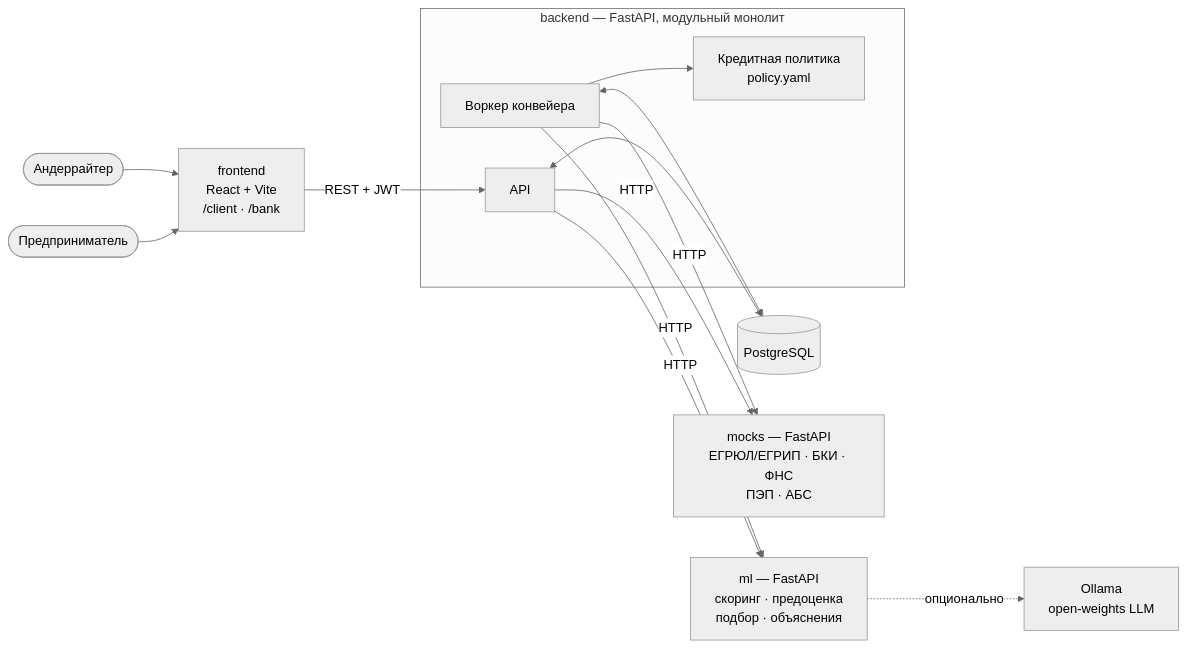
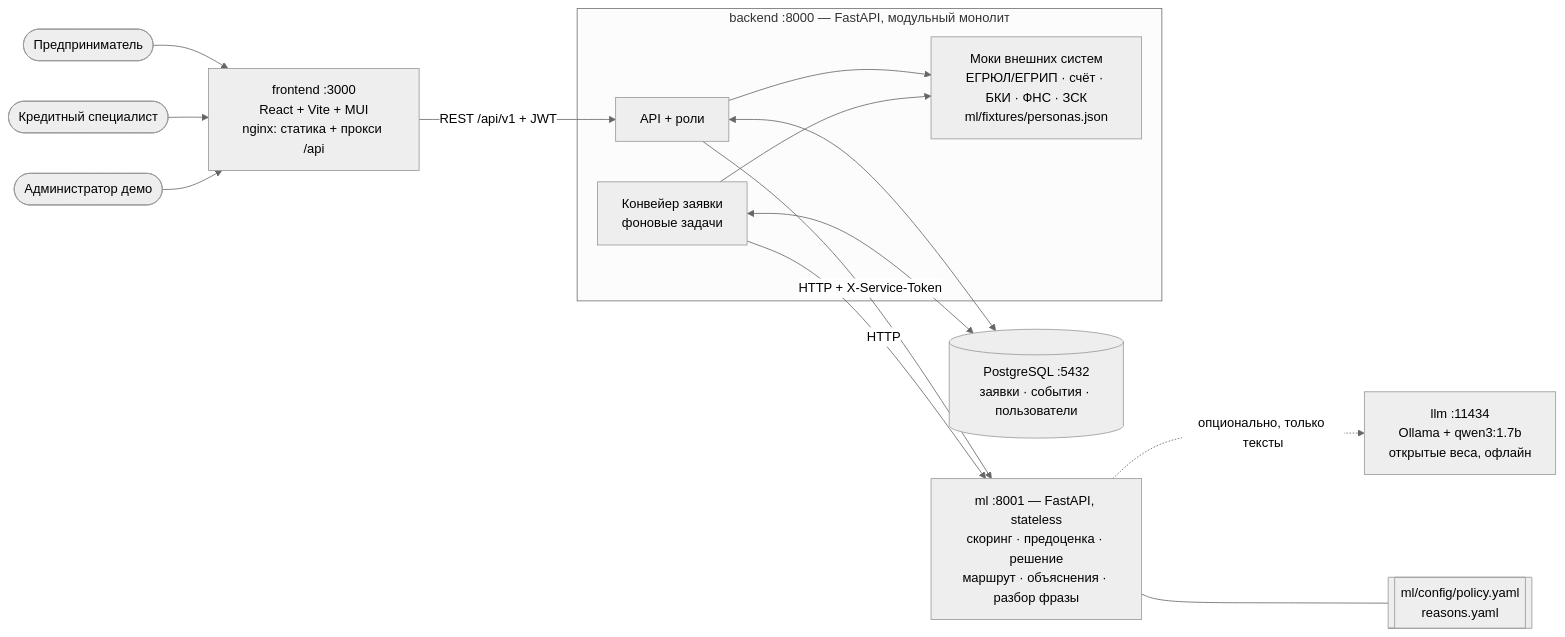
The first of 7 diagrams in docs/architecture.md (worker4556/smart-credit), drawn with Mermaid (neutral theme) before and after one commit. The commit also changed other lines of this file and 19 other files, not shown here.

````diff
--- a/docs/architecture.md
+++ b/docs/architecture.md
@@ -7,23 +9,23 @@
 ```mermaid
 flowchart LR
     U1([Предприниматель]) --> FE
-    U2([Андеррайтер]) --> FE
-    FE["frontend<br/>React + Vite<br/>/client · /bank"] -->|REST + JWT| BE
+    U2([Кредитный специалист]) --> FE
+    U3([Администратор демо]) --> FE
+    FE["frontend :3000<br/>React + Vite + MUI<br/>nginx: статика + прокси /api"] -->|"REST /api/v1 + JWT"| BE
 
-    subgraph core [backend — FastAPI, модульный монолит]
-        BE[API]
-        WK[Воркер конвейера]
-        POL[Кредитная политика<br/>policy.yaml]
+    subgraph core ["backend :8000 — FastAPI, модульный монолит"]
+        BE[API + роли]
+        PL[Конвейер заявки<br/>фоновые задачи]
+        MK[Моки внешних систем<br/>ЕГРЮЛ/ЕГРИП · счёт · БКИ · ФНС · ЗСК<br/>ml/fixtures/personas.json]
     end
 
-    BE <--> DB[(PostgreSQL)]
-    WK <--> DB
-    WK --> POL
-    BE -->|HTTP| ML
-    WK -->|HTTP| ML
-    BE -->|HTTP| MK
-    WK -->|HTTP| MK
+    BE <--> DB[(PostgreSQL :5432<br/>заявки · события · пользователи)]
+    PL <--> DB
+    BE --> MK
+    PL --> MK
+    BE -->|"HTTP + X-Service-Token"| ML
+    PL -->|HTTP| ML
 
-    ML["ml — FastAPI<br/>скоринг · предоценка<br/>подбор · объяснения"] -.->|опционально| LLM[Ollama<br/>open-weights LLM]
-    MK["mocks — FastAPI<br/>ЕГРЮЛ/ЕГРИП · БКИ · ФНС<br/>ПЭП · АБС"]
+    ML["ml :8001 — FastAPI, stateless<br/>скоринг · предоценка · решение<br/>маршрут · объяснения · разбор фразы"] -.->|"опционально, только тексты"| LLM["llm :11434<br/>Ollama + qwen3:1.7b<br/>открытые веса, офлайн"]
+    ML --- POL[["ml/config/policy.yaml<br/>reasons.yaml"]]
 ```
````
